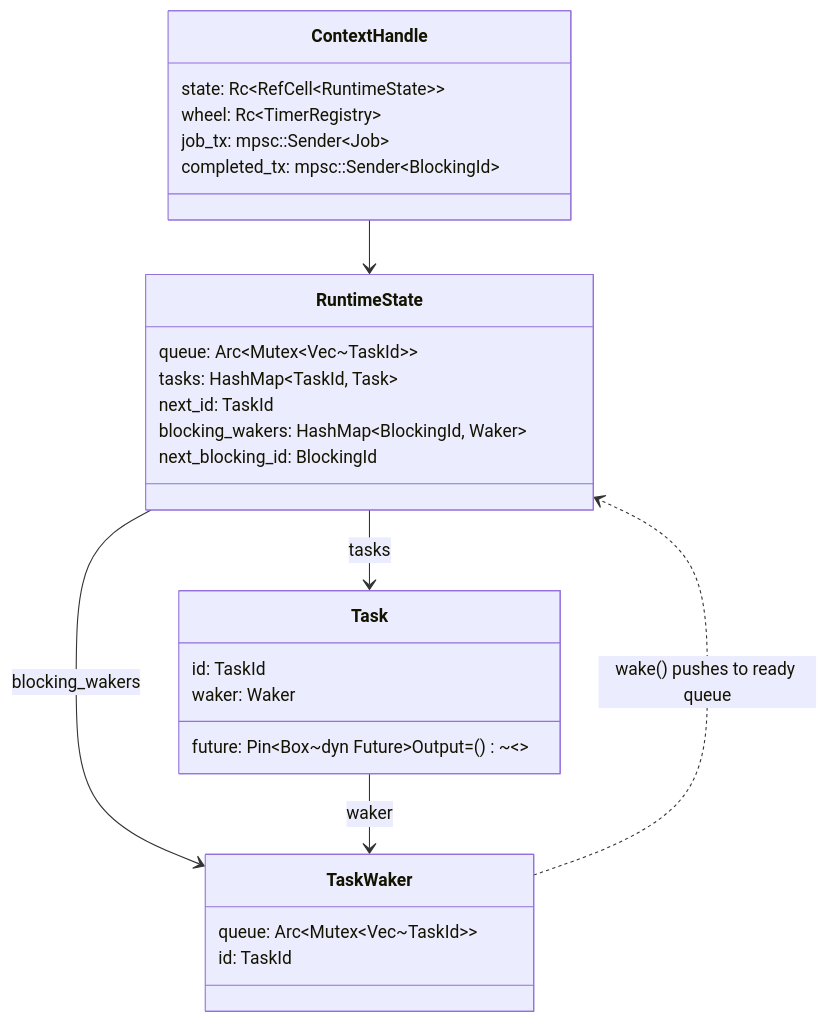
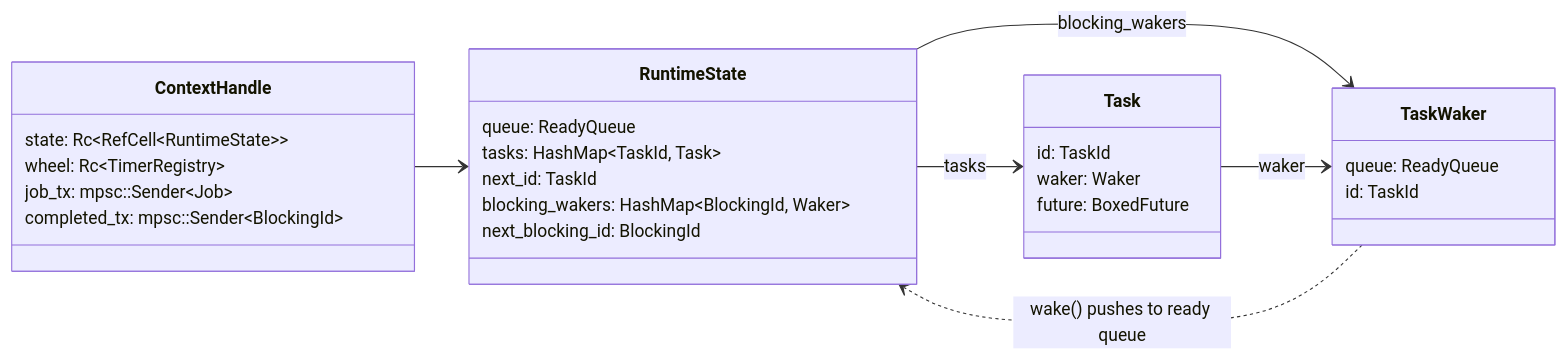
The diagram in docs/runtime-primitives.md (paulpeters144/mini-async-runtime), drawn with Mermaid before and after one commit.

Commit message:
docs: refine runtime-primitives diagram direction and type names

````diff
--- a/docs/runtime-primitives.md
+++ b/docs/runtime-primitives.md
@@ -5,36 +5,36 @@
 ```mermaid
 classDiagram
-    direction TB
+    direction LR
+
+    class ContextHandle {
+        state: Rc~RefCell~RuntimeState~~
+        wheel: Rc~TimerRegistry~
+        job_tx: mpsc::Sender~Job~
+        completed_tx: mpsc::Sender~BlockingId~
+    }
 
     class RuntimeState {
-        queue: Arc~Mutex~Vec~TaskId~~
+        queue: ReadyQueue
         tasks: HashMap~TaskId, Task~
         next_id: TaskId
         blocking_wakers: HashMap~BlockingId, Waker~
         next_blocking_id: BlockingId
     }
 
     class Task {
         id: TaskId
         waker: Waker
-        future: Pin~Box~dyn Future~Output=()~~~
+        future: BoxedFuture
     }
 
     class TaskWaker {
-        queue: Arc~Mutex~Vec~TaskId~~
+        queue: ReadyQueue
         id: TaskId
-    }
-
-    class ContextHandle {
-        state: Rc~RefCell~RuntimeState~~
-        wheel: Rc~TimerRegistry~
-        job_tx: mpsc::Sender~Job~
-        completed_tx: mpsc::Sender~BlockingId~
     }
 
     ContextHandle --> RuntimeState
     RuntimeState --> Task : tasks
     RuntimeState --> TaskWaker : blocking_wakers
     Task --> TaskWaker : waker
     TaskWaker ..> RuntimeState : wake() pushes to ready queue
 ```
````
